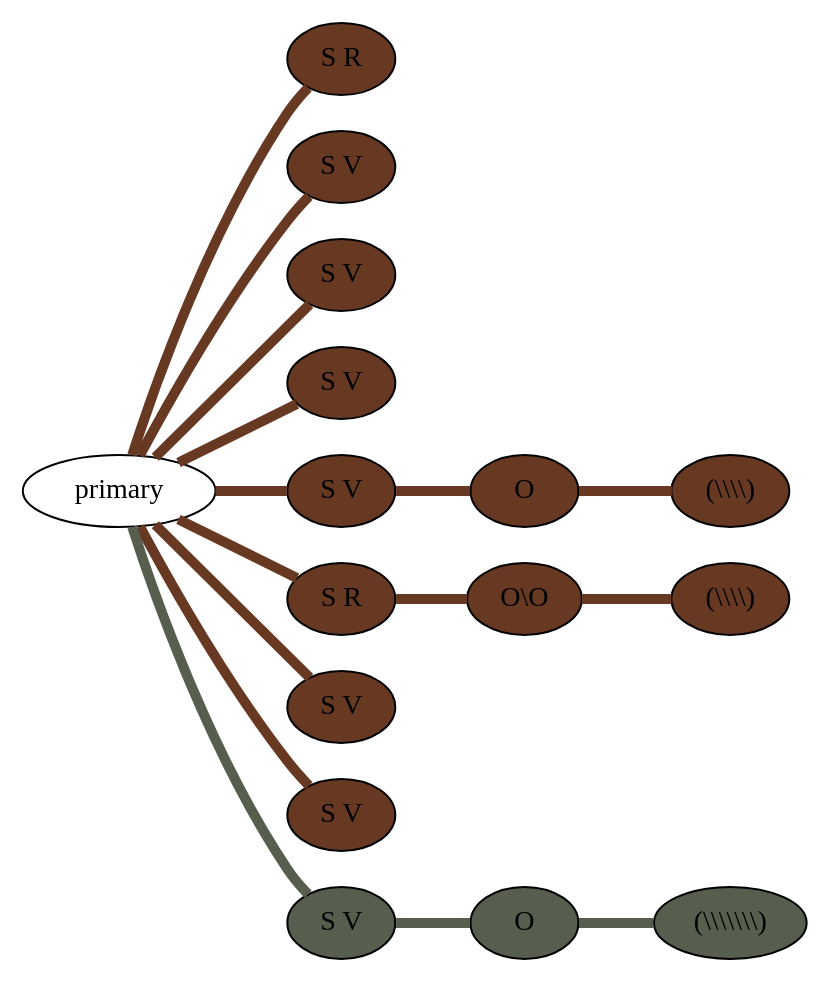
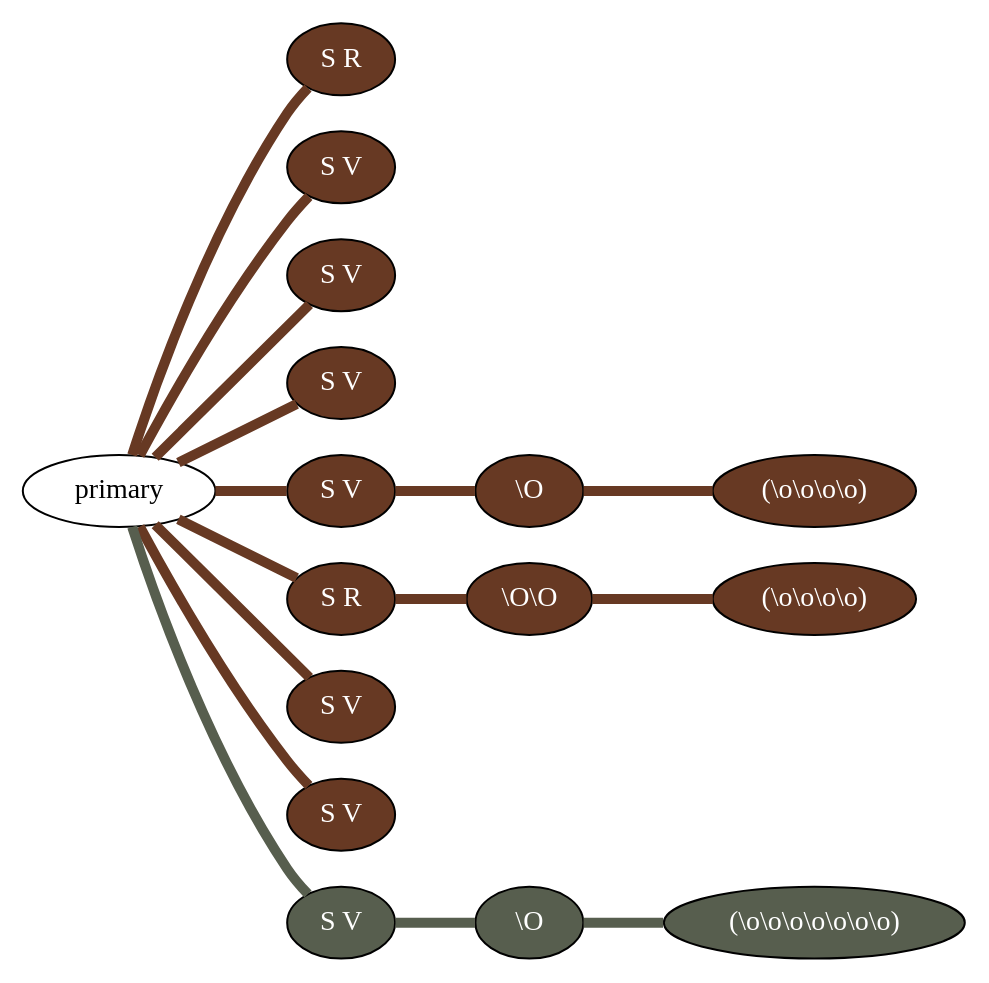
One commit to nebogeo/coding-with-knots changed the diagram in data/more/dot/HP015.xls.dot. Above: the diagram before and after it, drawn with Graphviz. The commit also changed 40 other files, not shown here.

```diff
--- a/data/more/dot/HP015.xls.dot
+++ b/data/more/dot/HP015.xls.dot
@@ -1,33 +1,33 @@
 graph {
  graph [rankdir=LR]
-"1" [qtype="pendant_node", pendant_colors="#673923", pendant_ply="S", pendant_attach="R", pendant_length="9", label="S R", style=filled, fillcolor="#673923"]
+"1" [qtype="pendant_node", pendant_colors="#673923", pendant_ply="S", pendant_attach="R", pendant_length="9.0", label="S R", style=filled, fillcolor="#673923", fontcolor="#ffffff"]
 "primary" -- "1" [qtype="pendant_link",penwidth=5,color="#673923"]
-"2" [qtype="pendant_node", pendant_colors="#673923", pendant_ply="S", pendant_attach="V", pendant_length="5", label="S V", style=filled, fillcolor="#673923"]
+"2" [qtype="pendant_node", pendant_colors="#673923", pendant_ply="S", pendant_attach="V", pendant_length="5.5", label="S V", style=filled, fillcolor="#673923", fontcolor="#ffffff"]
 "primary" -- "2" [qtype="pendant_link",penwidth=5,color="#673923"]
-"3" [qtype="pendant_node", pendant_colors="#673923", pendant_ply="S", pendant_attach="V", pendant_length="5", label="S V", style=filled, fillcolor="#673923"]
+"3" [qtype="pendant_node", pendant_colors="#673923", pendant_ply="S", pendant_attach="V", pendant_length="5.5", label="S V", style=filled, fillcolor="#673923", fontcolor="#ffffff"]
 "primary" -- "3" [qtype="pendant_link",penwidth=5,color="#673923"]
-"4" [qtype="pendant_node", pendant_colors="#673923", pendant_ply="S", pendant_attach="V", pendant_length="4", label="S V", style=filled, fillcolor="#673923"]
+"4" [qtype="pendant_node", pendant_colors="#673923", pendant_ply="S", pendant_attach="V", pendant_length="4.5", label="S V", style=filled, fillcolor="#673923", fontcolor="#ffffff"]
 "primary" -- "4" [qtype="pendant_link",penwidth=5,color="#673923"]
-"5" [qtype="pendant_node", pendant_colors="#673923", pendant_ply="S", pendant_attach="V", pendant_length="45", label="S V", style=filled, fillcolor="#673923"]
+"5" [qtype="pendant_node", pendant_colors="#673923", pendant_ply="S", pendant_attach="V", pendant_length="45.0", label="S V", style=filled, fillcolor="#673923", fontcolor="#ffffff"]
 "primary" -- "5" [qtype="pendant_link",penwidth=5,color="#673923"]
-"5:0" [qtype="knot_node", knot_value="1", knot_type="S", knot_position="13.0", knot_spin="Z", label="O", style=filled, fillcolor="#673923"]
+"5:0" [qtype="knot_node", knot_value="1", knot_type="S", knot_position="13.0", knot_spin="Z", label="\\O", style=filled, fillcolor="#673923" , fontcolor="#ffffff"]
 "5" -- "5:0" [qtype="knot_link",penwidth=5,color="#673923"]
-"5:1" [qtype="knot_node", knot_value="4", knot_type="L", knot_position="26.0", knot_spin="Z", label="(\\\\\\\\)", style=filled, fillcolor="#673923"]
+"5:1" [qtype="knot_node", knot_value="4", knot_type="L", knot_position="26.0", knot_spin="Z", label="(\\o\\o\\o\\o)", style=filled, fillcolor="#673923" , fontcolor="#ffffff"]
 "5:0" -- "5:1" [qtype="knot_link",penwidth=5,color="#673923"]
-"6" [qtype="pendant_node", pendant_colors="#673923", pendant_ply="S", pendant_attach="R", pendant_length="30", label="S R", style=filled, fillcolor="#673923"]
+"6" [qtype="pendant_node", pendant_colors="#673923", pendant_ply="S", pendant_attach="R", pendant_length="30.0", label="S R", style=filled, fillcolor="#673923", fontcolor="#ffffff"]
 "primary" -- "6" [qtype="pendant_link",penwidth=5,color="#673923"]
-"6:0" [qtype="knot_node", knot_value="2", knot_type="S", knot_position="13.0", knot_spin="Z", label="O\\O", style=filled, fillcolor="#673923"]
+"6:0" [qtype="knot_node", knot_value="2", knot_type="S", knot_position="13.0", knot_spin="Z", label="\\O\\O", style=filled, fillcolor="#673923" , fontcolor="#ffffff"]
 "6" -- "6:0" [qtype="knot_link",penwidth=5,color="#673923"]
-"6:1" [qtype="knot_node", knot_value="4", knot_type="L", knot_position="27.0", knot_spin="Z", label="(\\\\\\\\)", style=filled, fillcolor="#673923"]
+"6:1" [qtype="knot_node", knot_value="4", knot_type="L", knot_position="27.0", knot_spin="Z", label="(\\o\\o\\o\\o)", style=filled, fillcolor="#673923" , fontcolor="#ffffff"]
 "6:0" -- "6:1" [qtype="knot_link",penwidth=5,color="#673923"]
-"7" [qtype="pendant_node", pendant_colors="#673923", pendant_ply="S", pendant_attach="V", pendant_length="7", label="S V", style=filled, fillcolor="#673923"]
+"7" [qtype="pendant_node", pendant_colors="#673923", pendant_ply="S", pendant_attach="V", pendant_length="7.0", label="S V", style=filled, fillcolor="#673923", fontcolor="#ffffff"]
 "primary" -- "7" [qtype="pendant_link",penwidth=5,color="#673923"]
-"8" [qtype="pendant_node", pendant_colors="#673923", pendant_ply="S", pendant_attach="V", pendant_length="9", label="S V", style=filled, fillcolor="#673923"]
+"8" [qtype="pendant_node", pendant_colors="#673923", pendant_ply="S", pendant_attach="V", pendant_length="9.0", label="S V", style=filled, fillcolor="#673923", fontcolor="#ffffff"]
 "primary" -- "8" [qtype="pendant_link",penwidth=5,color="#673923"]
-"9" [qtype="pendant_node", pendant_colors="#575E4E", pendant_ply="S", pendant_attach="V", pendant_length="45", label="S V", style=filled, fillcolor="#575E4E"]
+"9" [qtype="pendant_node", pendant_colors="#575E4E", pendant_ply="S", pendant_attach="V", pendant_length="45.0", label="S V", style=filled, fillcolor="#575E4E", fontcolor="#ffffff"]
 "primary" -- "9" [qtype="pendant_link",penwidth=5,color="#575E4E"]
-"9:0" [qtype="knot_node", knot_value="1", knot_type="S", knot_position="12.5", knot_spin="Z", label="O", style=filled, fillcolor="#575E4E"]
+"9:0" [qtype="knot_node", knot_value="1", knot_type="S", knot_position="12.5", knot_spin="Z", label="\\O", style=filled, fillcolor="#575E4E" , fontcolor="#ffffff"]
 "9" -- "9:0" [qtype="knot_link",penwidth=5,color="#575E4E"]
-"9:1" [qtype="knot_node", knot_value="7", knot_type="L", knot_position="27.5", knot_spin="Z", label="(\\\\\\\\\\\\\\)", style=filled, fillcolor="#575E4E"]
+"9:1" [qtype="knot_node", knot_value="7", knot_type="L", knot_position="27.5", knot_spin="Z", label="(\\o\\o\\o\\o\\o\\o\\o)", style=filled, fillcolor="#575E4E" , fontcolor="#ffffff"]
 "9:0" -- "9:1" [qtype="knot_link",penwidth=5,color="#575E4E"]
 }
```
